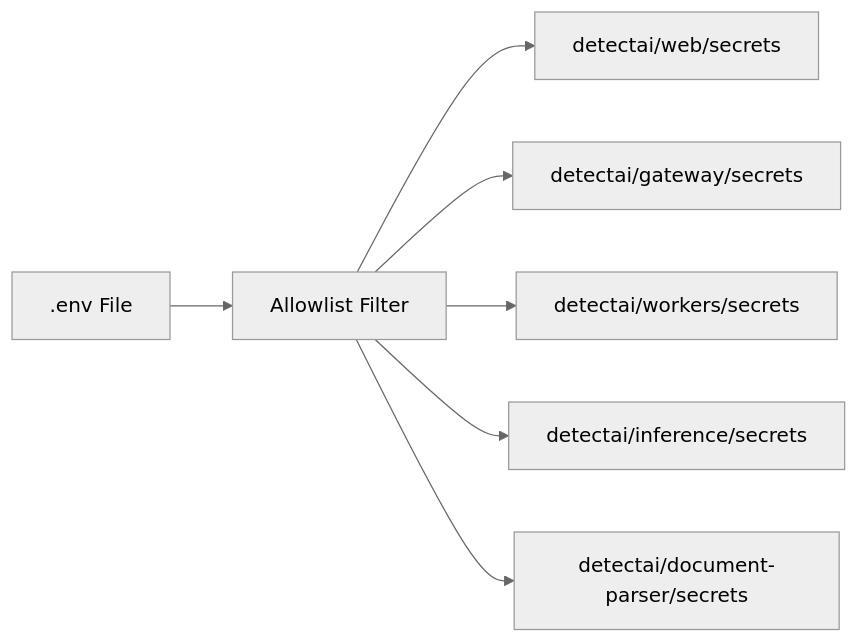
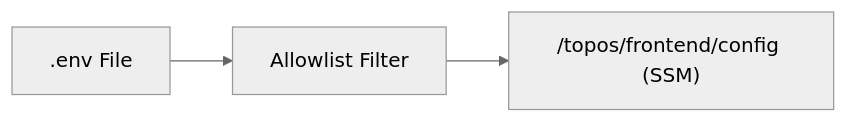
Before and after one commit to kunalPisolkar24/topos: the diagram in tools/seed-secrets/docs/components/secrets-mapping.md, drawn with Mermaid (neutral theme). The commit also changed other lines of this file and 20 other files, not shown here.

Commit message:
Remove DetectAI remnants from seed-secrets, keep Topos frontend only

````diff
--- a/tools/seed-secrets/docs/components/secrets-mapping.md
+++ b/tools/seed-secrets/docs/components/secrets-mapping.md
@@ -9,9 +9,5 @@
 ```mermaid
 graph LR
     Env[".env File"] --> Filter[Allowlist Filter]
-    Filter --> Web[detectai/web/secrets]
-    Filter --> Gateway[detectai/gateway/secrets]
-    Filter --> Workers[detectai/workers/secrets]
-    Filter --> Inference[detectai/inference/secrets]
-    Filter --> DocParser[detectai/document-parser/secrets]
+    Filter --> Frontend["/topos/frontend/config (SSM)"]
 ```
````
